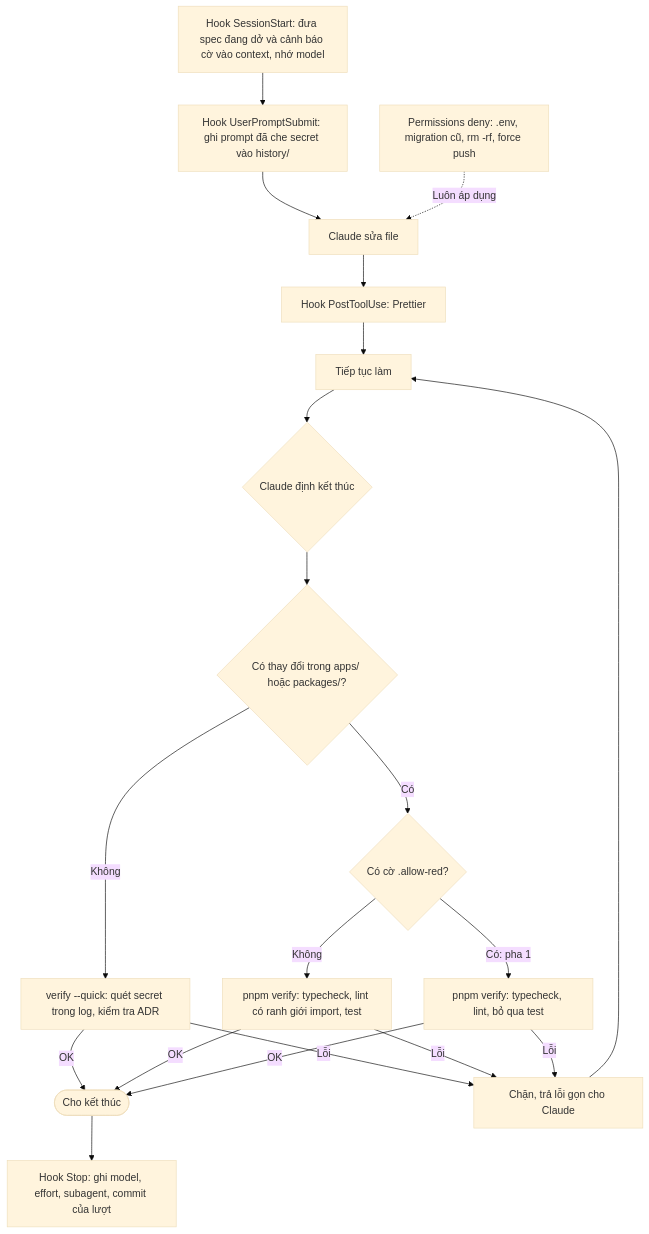
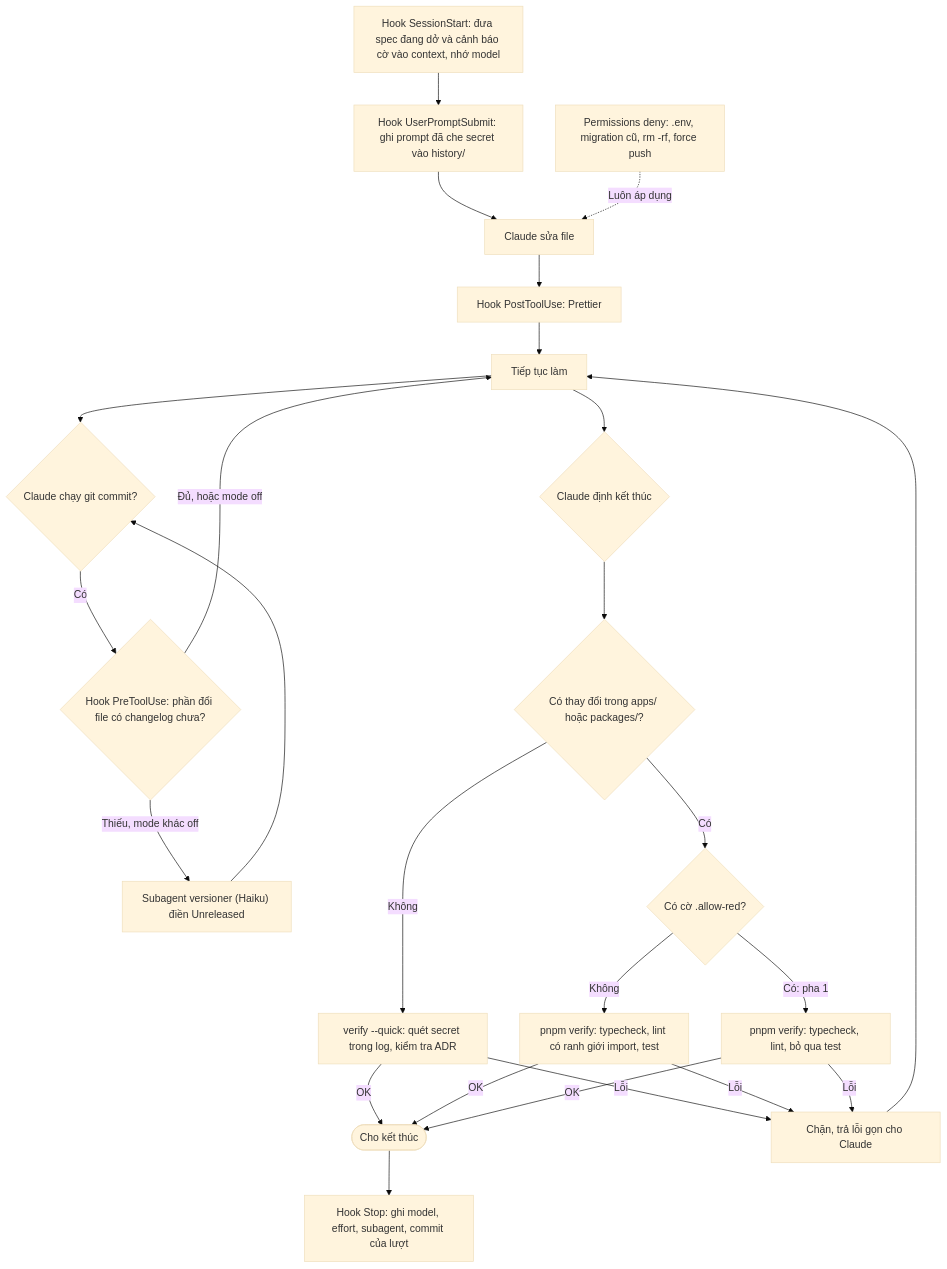
The second of 4 diagrams in docs/WORKFLOW.md (trantrong810-bz/claude-starter), drawn with Mermaid (base theme) before and after one commit. The commit also changed other lines of this file and 26 other files, not shown here.

````diff
--- a/docs/WORKFLOW.md
+++ b/docs/WORKFLOW.md
@@ -76,23 +76,28 @@
 ```mermaid
 flowchart TD
     SS["Hook SessionStart: đưa spec đang dở và cảnh báo cờ vào context, nhớ model"] --> PROMPT
     PROMPT["Hook UserPromptSubmit: ghi prompt đã che secret vào history/"] --> EDIT
     EDIT["Claude sửa file"] --> FMT["Hook PostToolUse: Prettier"]
     FMT --> WORK["Tiếp tục làm"]
+    WORK --> COMMIT{"Claude chạy git commit?"}
+    COMMIT -->|"Có"| GUARD{"Hook PreToolUse: phần đổi file có changelog chưa?"}
+    GUARD -->|"Thiếu, mode khác off"| VERS["Subagent versioner (Haiku) điền Unreleased"]
+    VERS --> COMMIT
+    GUARD -->|"Đủ, hoặc mode off"| WORK
     WORK --> STOP{"Claude định kết thúc"}
     STOP --> DIFF{"Có thay đổi trong apps/ hoặc packages/?"}
     DIFF -->|"Không"| QUICK["verify --quick: quét secret trong log, kiểm tra ADR"]
     QUICK -->|"OK"| END(["Cho kết thúc"])
     QUICK -->|"Lỗi"| BLOCK
     DIFF -->|"Có"| FLAG{"Có cờ .allow-red?"}
     FLAG -->|"Không"| VERIFY["pnpm verify: typecheck, lint có ranh giới import, test"]
     FLAG -->|"Có: pha 1"| VERIFYP1["pnpm verify: typecheck, lint, bỏ qua test"]
     VERIFY -->|"OK"| END
     VERIFYP1 -->|"OK"| END
     VERIFY -->|"Lỗi"| BLOCK["Chặn, trả lỗi gọn cho Claude"]
     VERIFYP1 -->|"Lỗi"| BLOCK
     BLOCK --> WORK
     END --> LOGM["Hook Stop: ghi model, effort, subagent, commit của lượt"]
 
     PERM["Permissions deny: .env, migration cũ, rm -rf, force push"] -.->|"Luôn áp dụng"| EDIT
 ```
````
